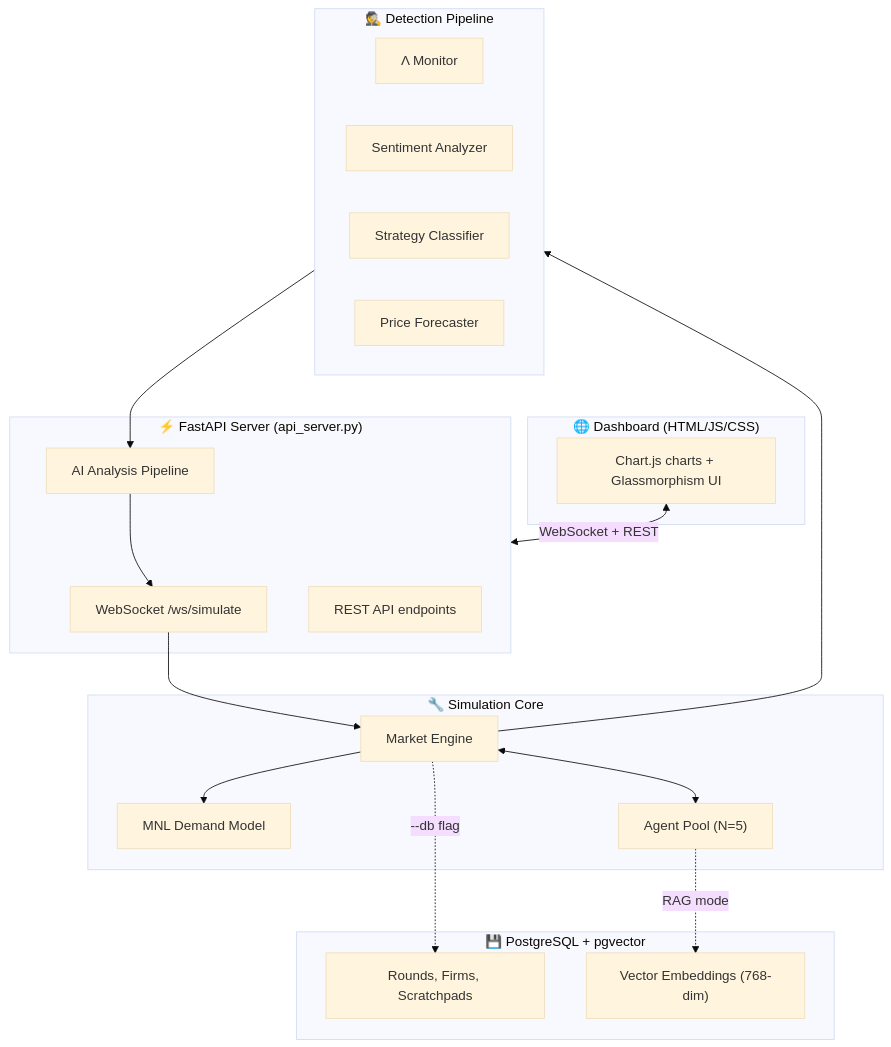
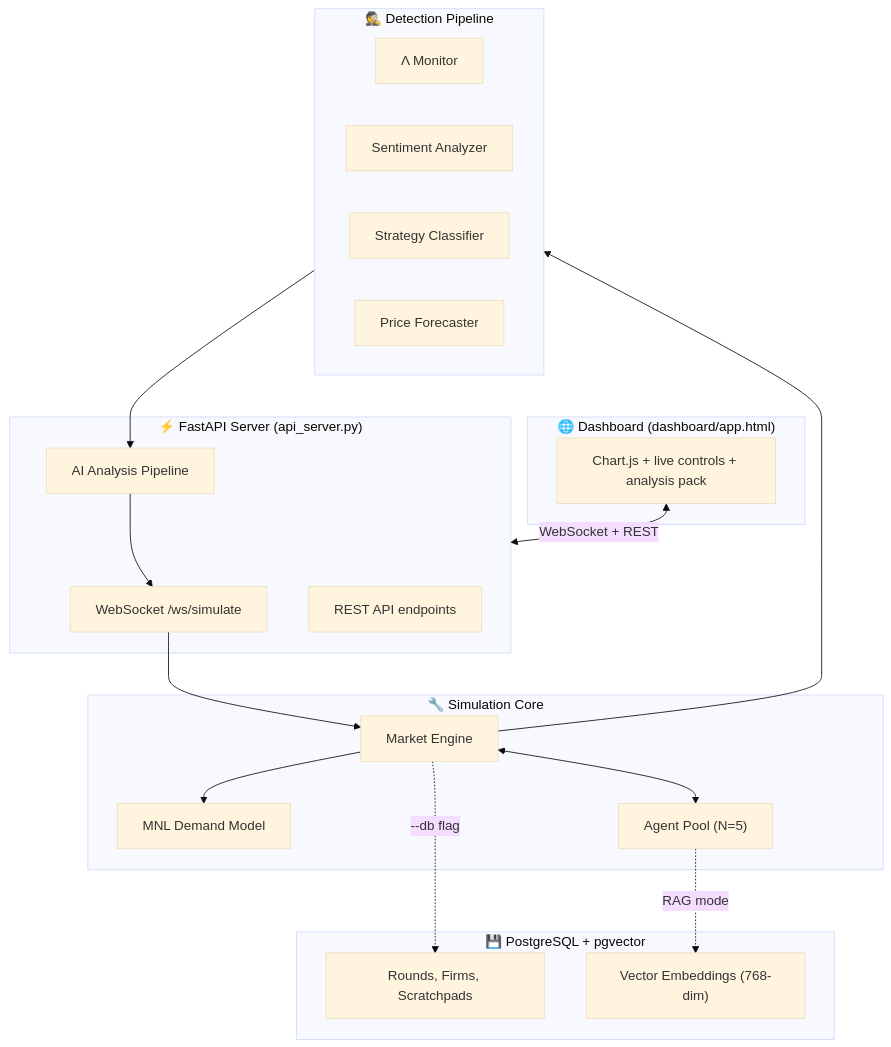
The seventh of 7 diagrams in echo_project_guide.md (ARYANRAJ1121/ECHO), drawn with Mermaid (base theme) before and after one commit. The commit also changed other lines of this file and 4 other files, not shown here.

````diff
--- a/echo_project_guide.md
+++ b/echo_project_guide.md
@@ -735,40 +733,40 @@
 ```mermaid
 graph TD
-    subgraph Browser["🌐 Dashboard (HTML/JS/CSS)"]
-        UI["Chart.js charts + Glassmorphism UI"]
+    subgraph Browser["🌐 Dashboard (dashboard/app.html)"]
+        UI["Chart.js + live controls + analysis pack"]
     end
     
     subgraph Server["⚡ FastAPI Server (api_server.py)"]
         WS["WebSocket /ws/simulate"]
         REST["REST API endpoints"]
         AI["AI Analysis Pipeline"]
     end
     
     subgraph Core["🔧 Simulation Core"]
         Engine["Market Engine"]
         Demand["MNL Demand Model"]
         Agents["Agent Pool (N=5)"]
     end
     
     subgraph Detection["🕵️ Detection Pipeline"]
         Lambda["Λ Monitor"]
         Sent["Sentiment Analyzer"]
         Strat["Strategy Classifier"]
         Fore["Price Forecaster"]
     end
     
     subgraph Storage["💾 PostgreSQL + pgvector"]
         DB["Rounds, Firms, Scratchpads"]
         Vec["Vector Embeddings (768-dim)"]
     end
     
     UI <-->|"WebSocket + REST"| Server
     WS --> Engine
     Engine --> Demand
     Engine <--> Agents
     Engine --> Detection
     Agents -.->|"RAG mode"| Vec
     Engine -.->|"--db flag"| DB
     Detection --> AI
     AI --> WS
 ```
````
